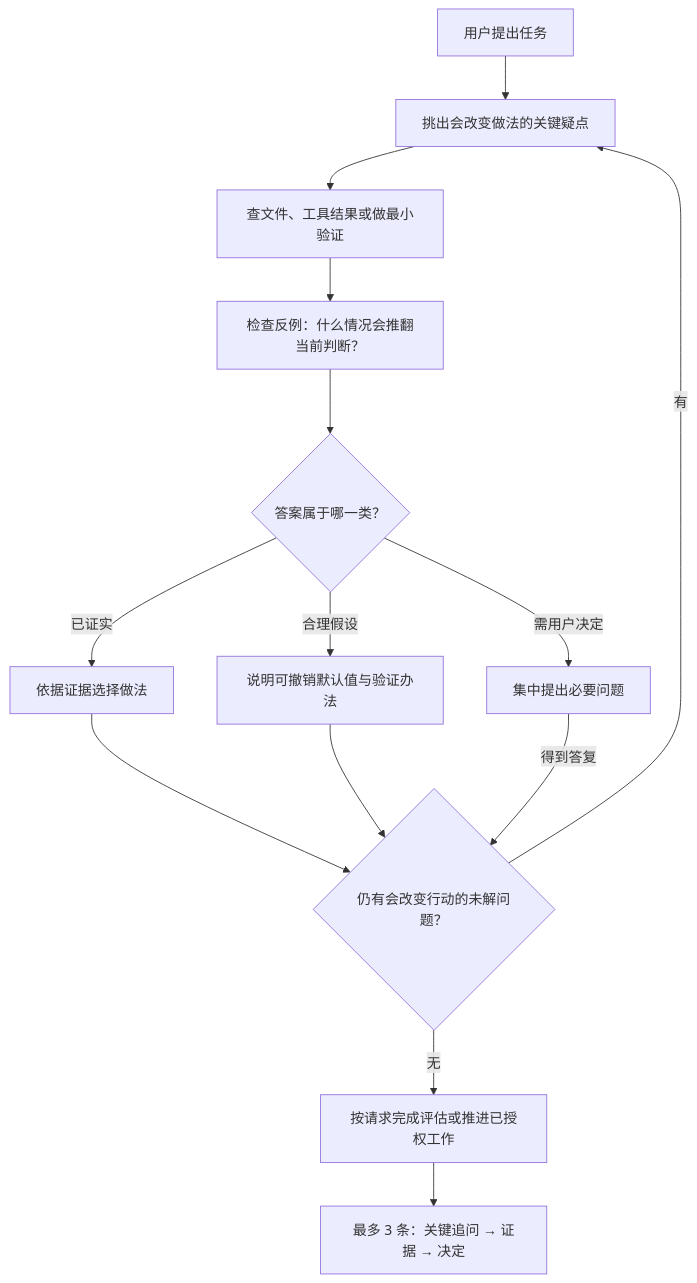
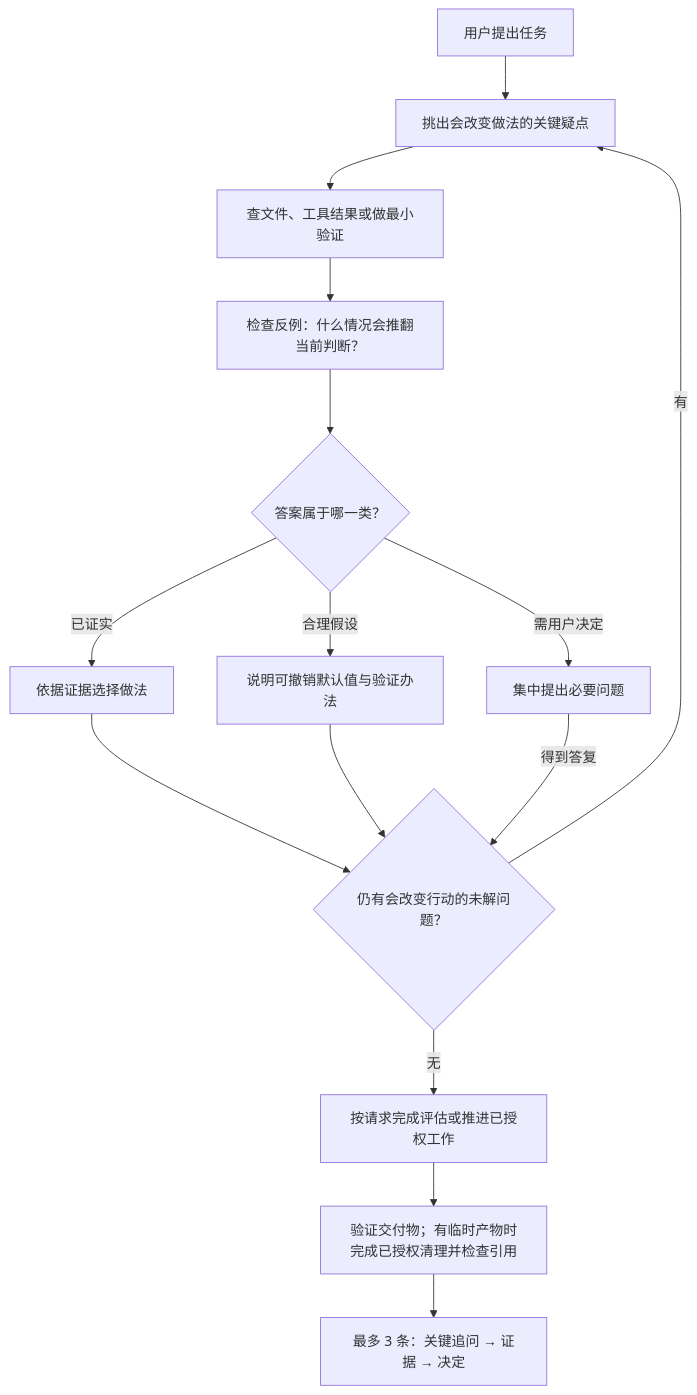
The diagram in README.md (0731koukou/grill-agent), drawn with Mermaid before and after one commit. The commit also changed other lines of this file and 7 other files, not shown here.

````diff
--- a/README.md
+++ b/README.md
@@ -36,16 +37,17 @@
 ```mermaid
 flowchart TD
     A["用户提出任务"] --> B["挑出会改变做法的关键疑点"]
     B --> C["查文件、工具结果或做最小验证"]
     C --> D["检查反例：什么情况会推翻当前判断？"]
     D --> E{"答案属于哪一类？"}
     E -->|已证实| F["依据证据选择做法"]
     E -->|合理假设| G["说明可撤销默认值与验证办法"]
     E -->|需用户决定| H["集中提出必要问题"]
     F --> I{"仍有会改变行动的未解问题？"}
     G --> I
     H -->|得到答复| I
     I -->|有| B
     I -->|无| J["按请求完成评估或推进已授权工作"]
-    J --> K["最多 3 条：关键追问 → 证据 → 决定"]
+    J --> L["验证交付物；有临时产物时完成已授权清理并检查引用"]
+    L --> K["最多 3 条：关键追问 → 证据 → 决定"]
 ```
````
